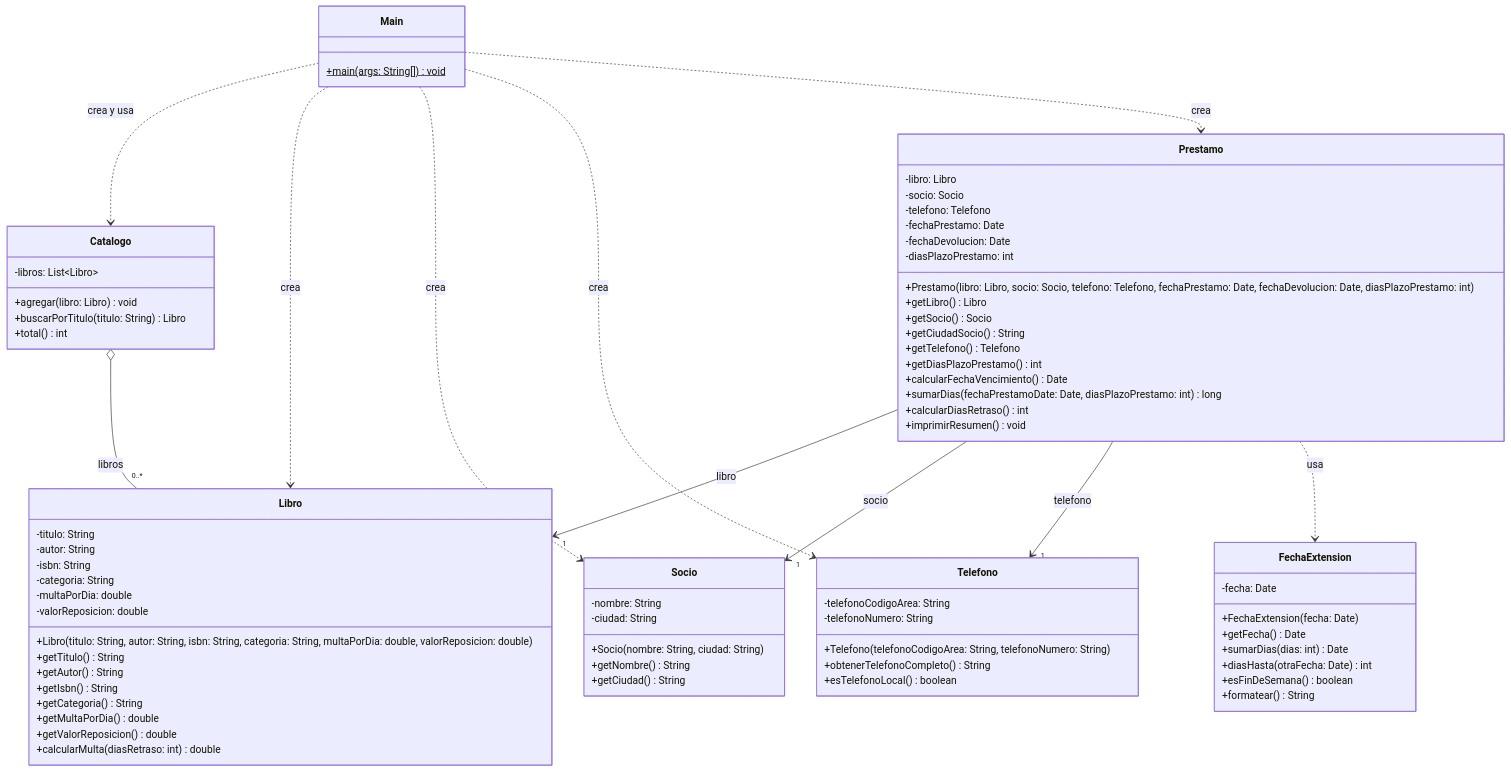
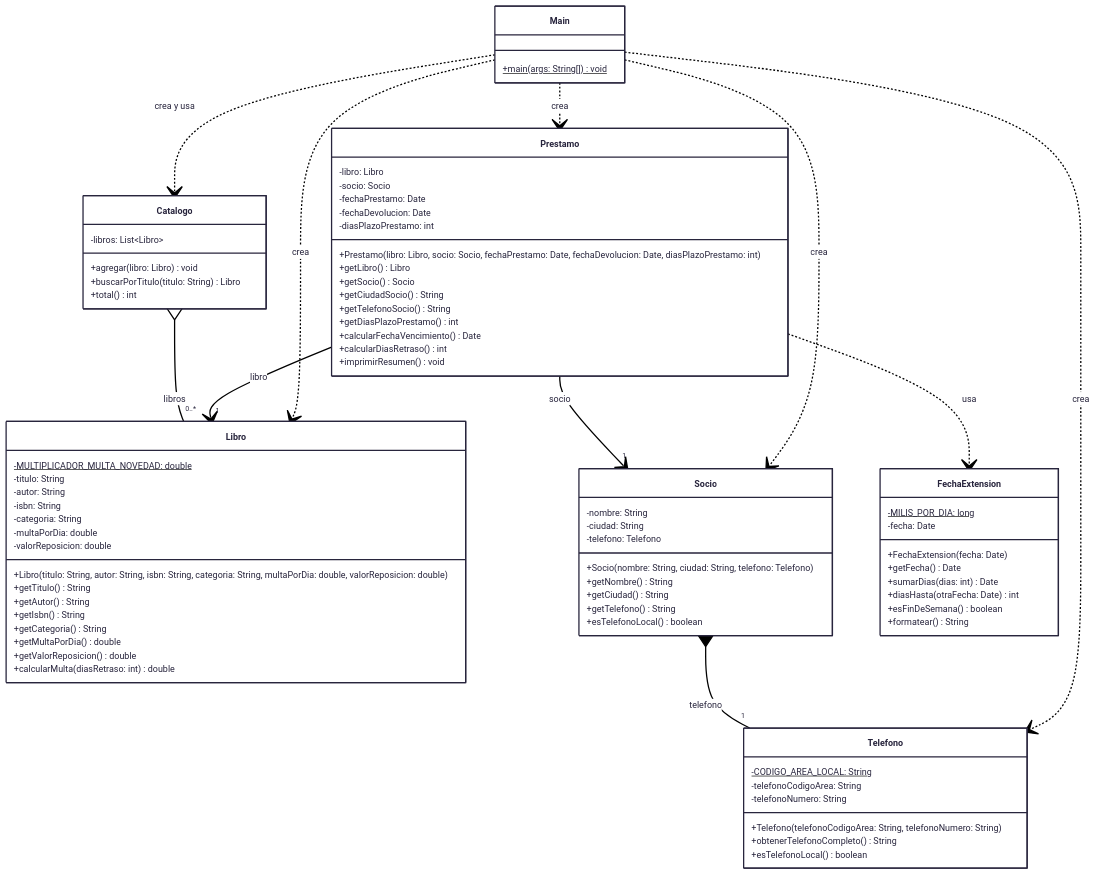
The second of 2 diagrams in README.md (Emmanuel-Flores-Noh/Construccion-Software-Actividad2.6), drawn with Mermaid before and after one commit. The commit also changed other lines of this file and 11 other files, not shown here.

````diff
--- a/README.md
+++ b/README.md
@@ -98,4 +102,8 @@
 ```mermaid
+---
+config:
+  theme: redux-color
+---
 classDiagram
 direction TB
     class Main {
@@ -110,6 +118,7 @@
     }
 
     class Libro {
+        -MULTIPLICADOR_MULTA_NOVEDAD: double$
         -titulo: String
         -autor: String
         -isbn: String
@@ -129,12 +138,16 @@
     class Socio {
         -nombre: String
         -ciudad: String
-        +Socio(nombre: String, ciudad: String)
+        -telefono: Telefono
+        +Socio(nombre: String, ciudad: String, telefono: Telefono)
         +getNombre() String
         +getCiudad() String
+        +getTelefono() String
+        +esTelefonoLocal() boolean
     }
 
     class Telefono {
+        -CODIGO_AREA_LOCAL: String$
         -telefonoCodigoArea: String
         -telefonoNumero: String
         +Telefono(telefonoCodigoArea: String, telefonoNumero: String)
@@ -143,6 +156,7 @@
     }
 
     class FechaExtension {
+        -MILIS_POR_DIA: long$
         -fecha: Date
         +FechaExtension(fecha: Date)
         +getFecha() Date
@@ -155,30 +169,28 @@
     class Prestamo {
         -libro: Libro
         -socio: Socio
-        -telefono: Telefono
         -fechaPrestamo: Date
         -fechaDevolucion: Date
         -diasPlazoPrestamo: int
-        +Prestamo(libro: Libro, socio: Socio, telefono: Telefono, fechaPrestamo: Date, fechaDevolucion: Date, diasPlazoPrestamo: int)
+        +Prestamo(libro: Libro, socio: Socio, fechaPrestamo: Date, fechaDevolucion: Date, diasPlazoPrestamo: int)
         +getLibro() Libro
         +getSocio() Socio
         +getCiudadSocio() String
-        +getTelefono() Telefono
+        +getTelefonoSocio() String
         +getDiasPlazoPrestamo() int
         +calcularFechaVencimiento() Date
-        +sumarDias(fechaPrestamoDate: Date, diasPlazoPrestamo: int) long
         +calcularDiasRetraso() int
         +imprimirResumen() void
     }
 
     Catalogo o-- "0..*" Libro : libros
+    Socio *-- "1" Telefono : telefono
     Prestamo --> "1" Libro : libro
     Prestamo --> "1" Socio : socio
-    Prestamo --> "1" Telefono : telefono
     Prestamo ..> FechaExtension : usa
     Main ..> Catalogo : crea y usa
     Main ..> Libro : crea
+    Main ..> Telefono : crea
     Main ..> Socio : crea
-    Main ..> Telefono : crea
     Main ..> Prestamo : crea
 ```
````
